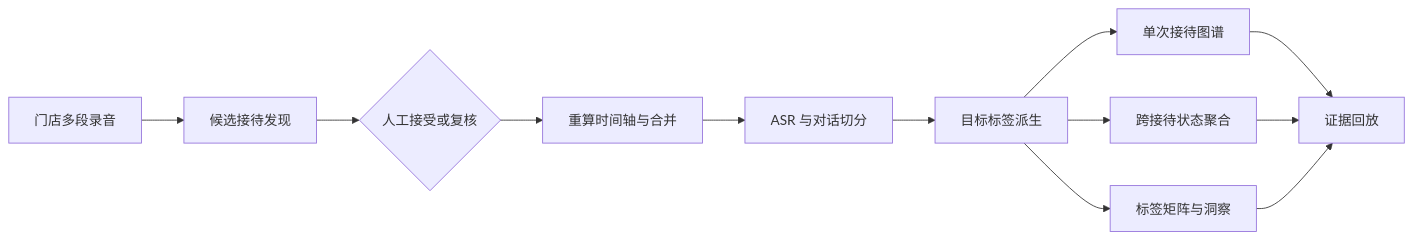
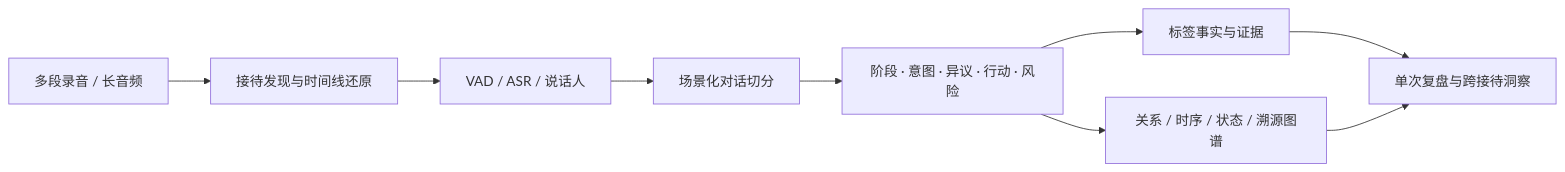
Before and after one commit to g5n-dev/audio_graphy: the first of 3 diagrams in README.md, drawn with Mermaid. The commit also changed other lines of this file and 12 other files, not shown here.

````diff
--- a/README.md
+++ b/README.md
@@ -23,14 +45,11 @@
 ```mermaid
 flowchart LR
-    A["门店多段录音"] --> B["候选接待发现"]
-    B --> C{"人工接受或复核"}
-    C --> D["重算时间轴与合并"]
-    D --> E["ASR 与对话切分"]
-    E --> F["目标标签派生"]
-    F --> G["单次接待图谱"]
-    F --> H["跨接待状态聚合"]
-    F --> I["标签矩阵与洞察"]
-    G --> J["证据回放"]
-    H --> J
-    I --> J
+    A["多段录音 / 长音频"] --> B["接待发现与时间线还原"]
+    B --> C["VAD / ASR / 说话人"]
+    C --> D["场景化对话切分"]
+    D --> E["阶段 · 意图 · 异议 · 行动 · 风险"]
+    E --> F["标签事实与证据"]
+    E --> G["关系 / 时序 / 状态 / 溯源图谱"]
+    F --> H["单次复盘与跨接待洞察"]
+    G --> H
 ```
````
